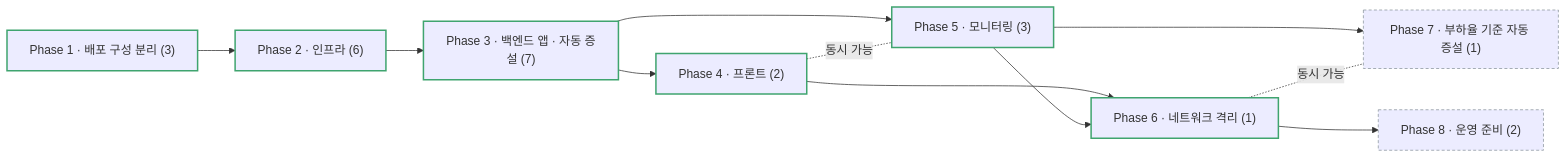
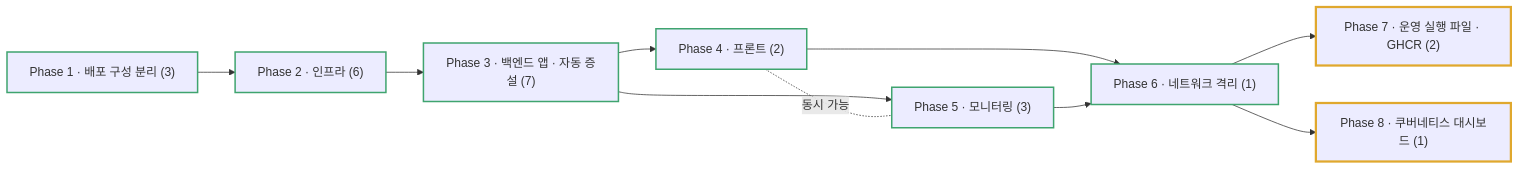
One commit to HaSungJe/deskless changed the diagram in .beaver/output/roadmap/k8s-roadmap.md. Above: the diagram before and after it, drawn with Mermaid. The commit also changed other lines of this file and 32 other files, not shown here.

````diff
--- a/.beaver/output/roadmap/k8s-roadmap.md
+++ b/.beaver/output/roadmap/k8s-roadmap.md
@@ -9,16 +9,15 @@
 ```mermaid
 flowchart LR
   P1["Phase 1 · 배포 구성 분리 (3)"]:::done --> P2["Phase 2 · 인프라 (6)"]:::done
   P2 --> P3["Phase 3 · 백엔드 앱 · 자동 증설 (7)"]:::done
   P3 --> P4["Phase 4 · 프론트 (2)"]:::done
   P3 --> P5["Phase 5 · 모니터링 (3)"]:::done
   P4 -. 동시 가능 .- P5
   P4 --> P6["Phase 6 · 네트워크 격리 (1)"]:::done
   P5 --> P6
-  P5 --> P7["Phase 7 · 부하율 기준 자동 증설 (1)"]:::todo
-  P6 -. 동시 가능 .- P7
-  P6 --> P8["Phase 8 · 운영 준비 (2)"]:::todo
+  P6 --> P7["Phase 7 · 운영 실행 파일 · GHCR (2)"]:::inprog
+  P6 --> P8["Phase 8 · 쿠버네티스 대시보드 (1)"]:::inprog
   classDef done stroke:#3fa46f,stroke-width:2px
   classDef inprog stroke:#e0a82e,stroke-width:3px
   classDef todo stroke:#8a949c,stroke-width:1px,stroke-dasharray:4 3
 ```
````
